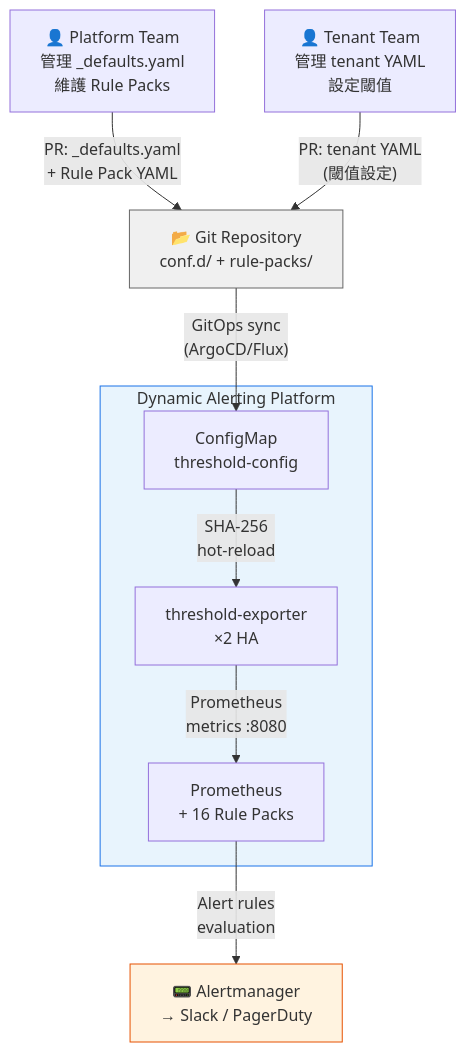
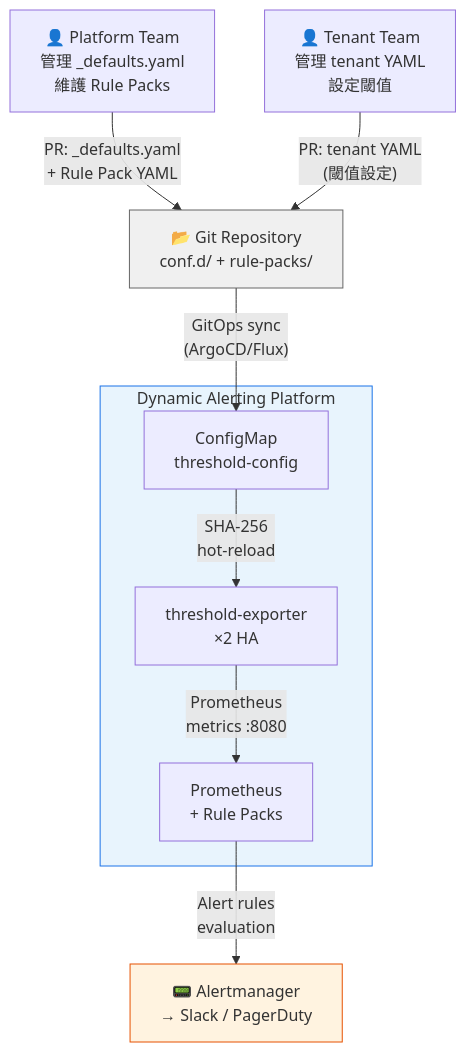
Before and after one commit to vencil/Dynamic-Alerting-Integrations: the first of 3 diagrams in docs/architecture-and-design.md, drawn with Mermaid. The commit also changed 35 other files, not shown here.

````diff
--- a/docs/architecture-and-design.md
+++ b/docs/architecture-and-design.md
@@ -59,25 +59,25 @@
 ```mermaid
 graph TB
     PT["👤 Platform Team<br/>管理 _defaults.yaml<br/>維護 Rule Packs"]
     TT["👤 Tenant Team<br/>管理 tenant YAML<br/>設定閾值"]
     Git["📂 Git Repository<br/>conf.d/ + rule-packs/"]
 
     subgraph DAP["Dynamic Alerting Platform"]
         TE["threshold-exporter<br/>×2 HA"]
-        PM["Prometheus<br/>+ 16 Rule Packs"]
+        PM["Prometheus<br/>+ Rule Packs"]
         CM["ConfigMap<br/>threshold-config"]
     end
 
     AM["📟 Alertmanager<br/>→ Slack / PagerDuty"]
 
     PT -->|"PR: _defaults.yaml<br/>+ Rule Pack YAML"| Git
     TT -->|"PR: tenant YAML<br/>(閾值設定)"| Git
     Git -->|"GitOps sync<br/>(ArgoCD/Flux)"| CM
     CM -->|"SHA-256<br/>hot-reload"| TE
     TE -->|"Prometheus<br/>metrics :8080"| PM
     PM -->|"Alert rules<br/>evaluation"| AM
 
     style DAP fill:#e8f4fd,stroke:#1a73e8
     style Git fill:#f0f0f0,stroke:#666
     style AM fill:#fff3e0,stroke:#e65100
 ```
````
